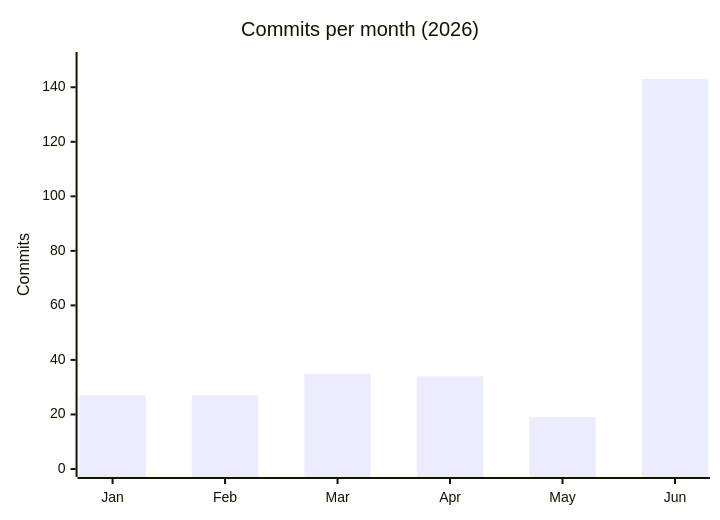
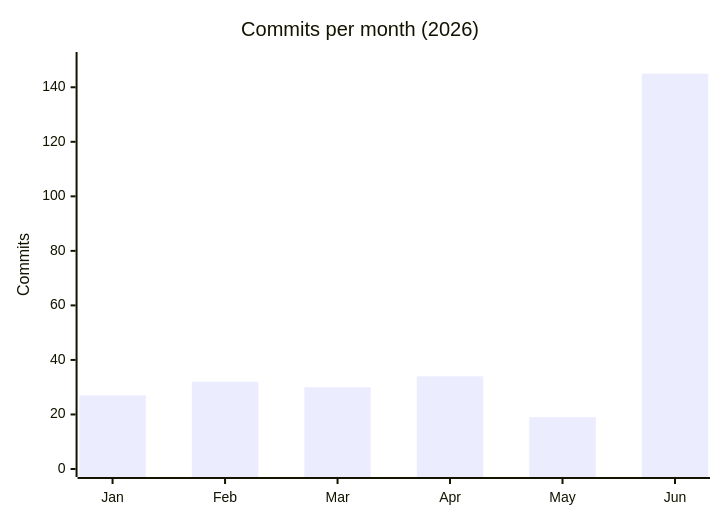
Before and after one commit to NextGen-Limited/ios-stress-app: the second of 2 diagrams in droid-wiki/by-the-numbers.md, drawn with Mermaid. The commit also changed other lines of this file and 4 other files, not shown here.

````diff
--- a/droid-wiki/by-the-numbers.md
+++ b/droid-wiki/by-the-numbers.md
@@ -29,7 +29,7 @@
 ```mermaid
 xychart-beta
     title "Commits per month (2026)"
     x-axis ["Jan", "Feb", "Mar", "Apr", "May", "Jun"]
     y-axis "Commits" 0 --> 150
-    bar [27, 27, 35, 34, 19, 143]
+    bar [27, 32, 30, 34, 19, 145]
 ```
````
